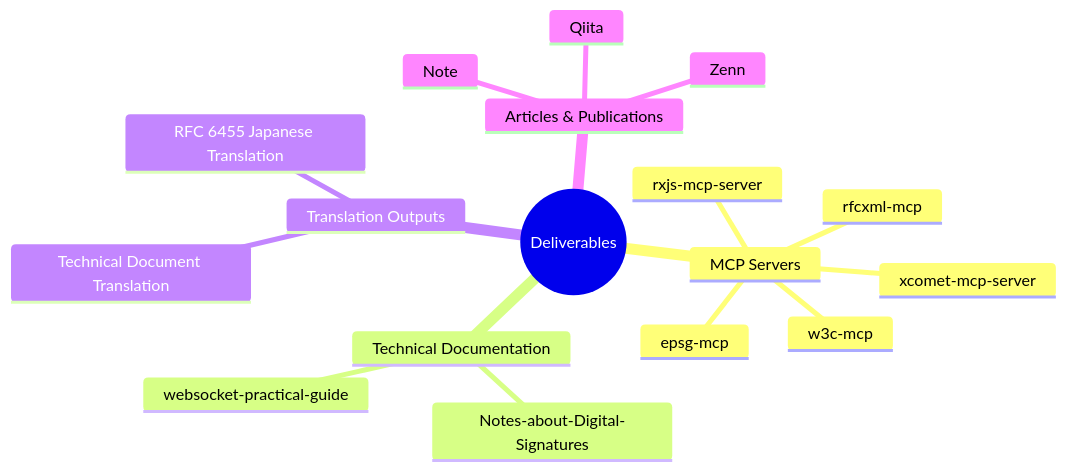
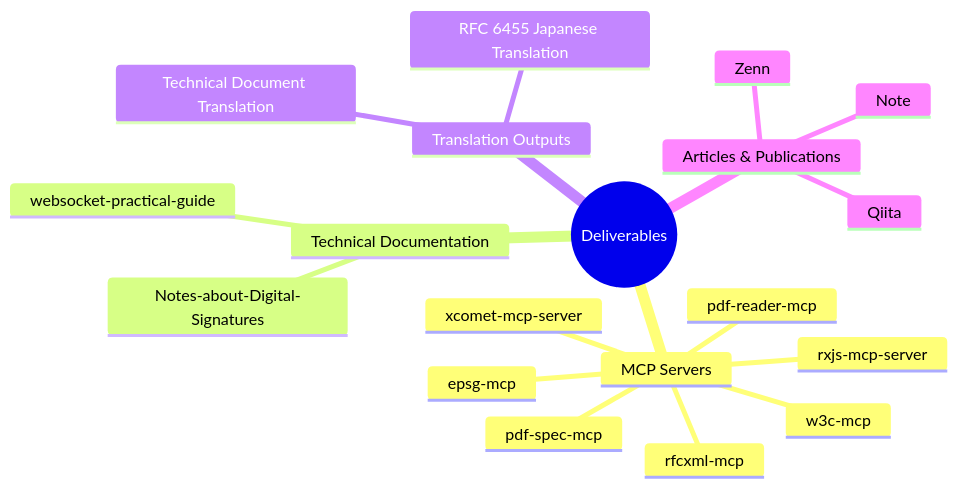
The first of 3 diagrams in docs/outputs.md (shuji-bonji/ai-agent-architecture), drawn with Mermaid before and after one commit. The commit also changed other lines of this file and 7 other files, not shown here.

````diff
--- a/docs/outputs.md
+++ b/docs/outputs.md
@@ -15,20 +15,22 @@
 ```mermaid
 mindmap
   root((Deliverables))
     MCP Servers
       rfcxml-mcp
       w3c-mcp
       xcomet-mcp-server
       rxjs-mcp-server
       epsg-mcp
+      pdf-spec-mcp
+      pdf-reader-mcp
     Technical Documentation
       Notes-about-Digital-Signatures
       websocket-practical-guide
     Translation Outputs
       RFC 6455 Japanese Translation
       Technical Document Translation
     Articles & Publications
       Note
       Qiita
       Zenn
 ```
````
